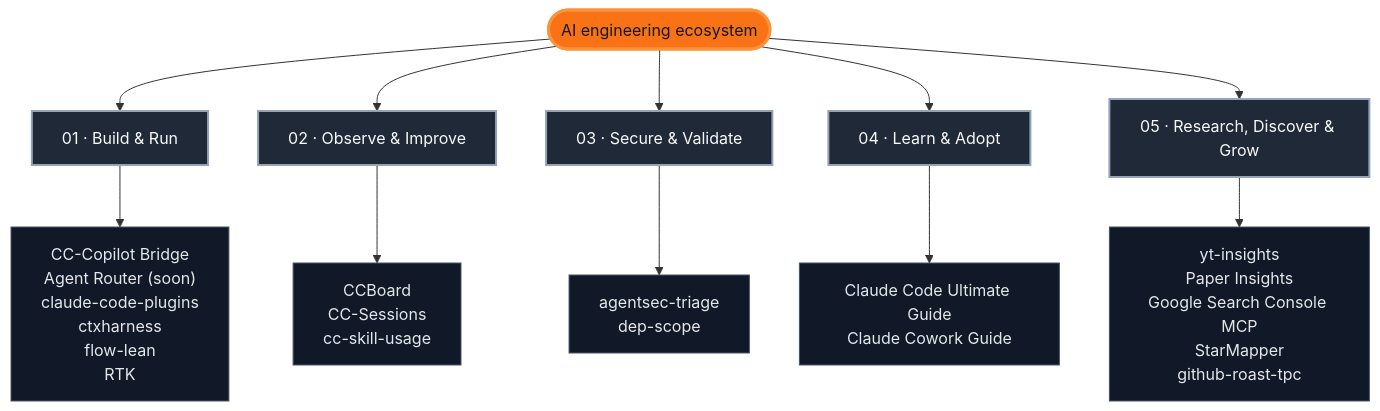
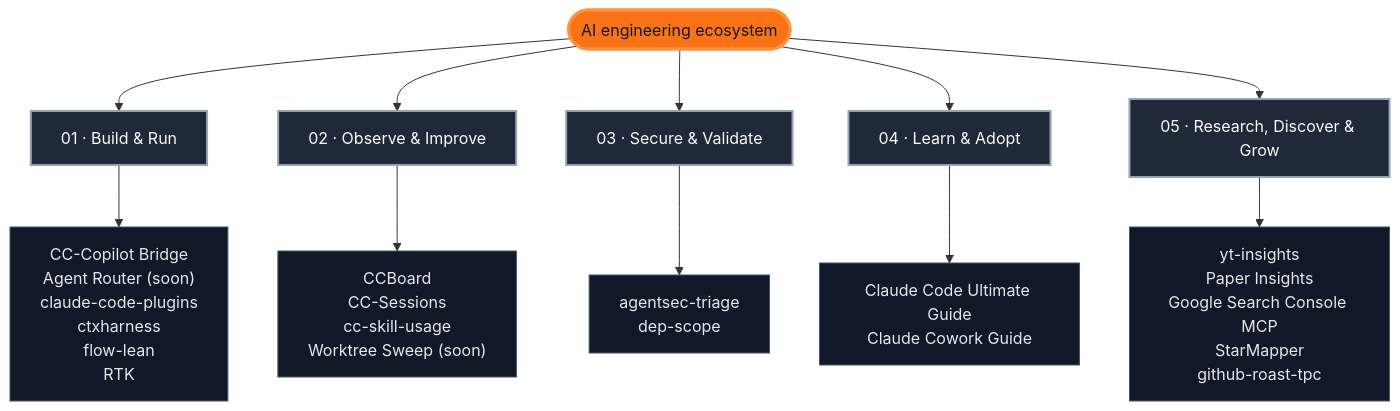
Before and after one commit to FlorianBruniaux/FlorianBruniaux: the diagram in README.md, drawn with Mermaid. The commit also changed other lines of this file and 3 other files, not shown here.

Commit message:
docs: add Worktree Sweep private preview to the profile

````diff
--- a/README.md
+++ b/README.md
@@ -61,22 +65,22 @@
 ```mermaid
 flowchart TB
   accTitle: AI engineering ecosystem map
-  accDescr: Five routes connect the ecosystem hub to all 18 projects
+  accDescr: Five routes connect the ecosystem hub to all 19 projects
   hub(["AI engineering ecosystem"])
   hub --> build_run["01 · Build & Run"]
   build_run --> build_run_projects["CC-Copilot Bridge<br/>Agent Router (soon)<br/>claude-code-plugins<br/>ctxharness<br/>flow-lean<br/>RTK"]
   hub --> observe_improve["02 · Observe & Improve"]
-  observe_improve --> observe_improve_projects["CCBoard<br/>CC-Sessions<br/>cc-skill-usage"]
+  observe_improve --> observe_improve_projects["CCBoard<br/>CC-Sessions<br/>cc-skill-usage<br/>Worktree Sweep (soon)"]
   hub --> secure_validate["03 · Secure & Validate"]
   secure_validate --> secure_validate_projects["agentsec-triage<br/>dep-scope"]
   hub --> learn_adopt["04 · Learn & Adopt"]
   learn_adopt --> learn_adopt_projects["Claude Code Ultimate Guide<br/>Claude Cowork Guide"]
   hub --> research_discover_grow["05 · Research, Discover & Grow"]
   research_discover_grow --> research_discover_grow_projects["yt-insights<br/>Paper Insights<br/>Google Search Console MCP<br/>StarMapper<br/>github-roast-tpc"]
   classDef hub fill:#f97316,color:#111827,stroke:#fb923c,stroke-width:3px
   classDef route fill:#1f2937,color:#f9fafb,stroke:#94a3b8,stroke-width:2px
   classDef projects fill:#111827,color:#e5e7eb,stroke:#475569
   class hub hub
   class build_run,observe_improve,secure_validate,learn_adopt,research_discover_grow route
   class build_run_projects,observe_improve_projects,secure_validate_projects,learn_adopt_projects,research_discover_grow_projects projects
 ```
````
